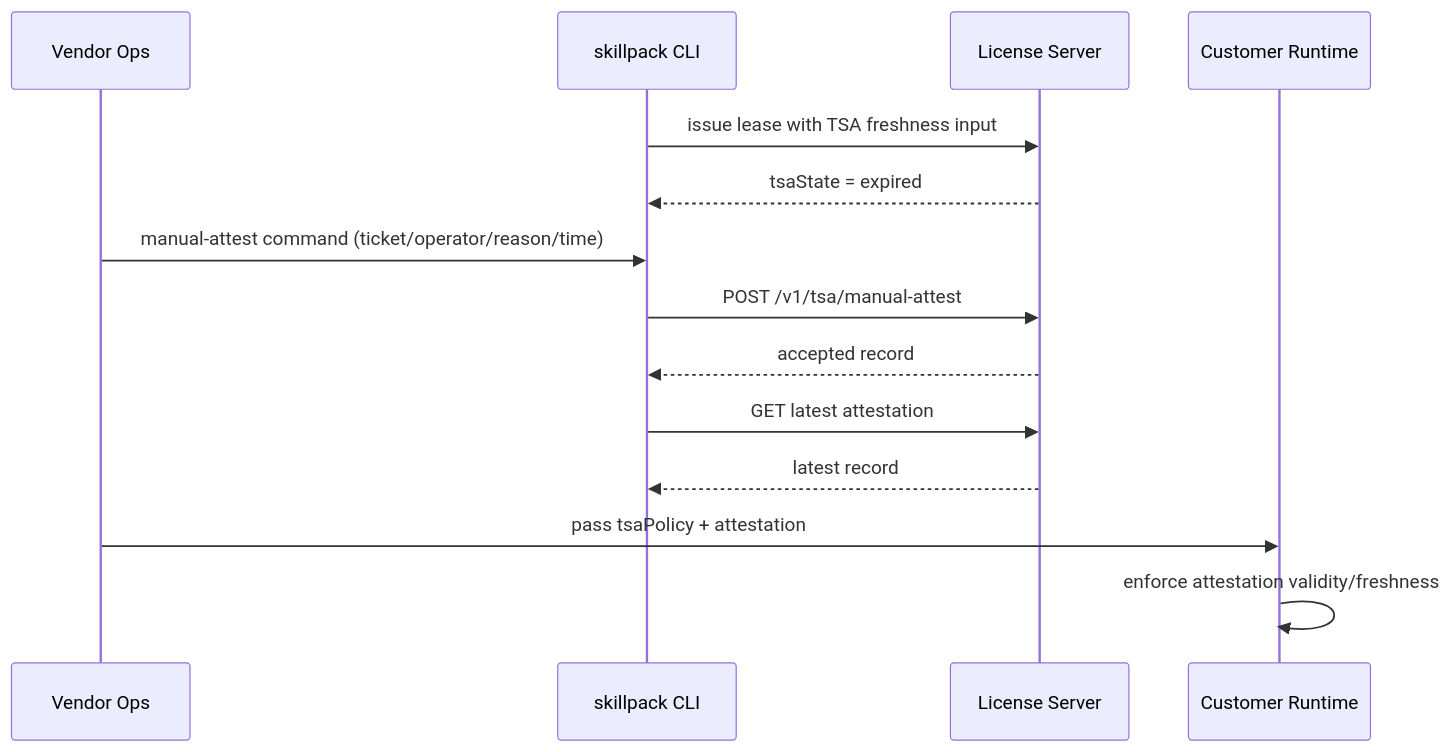
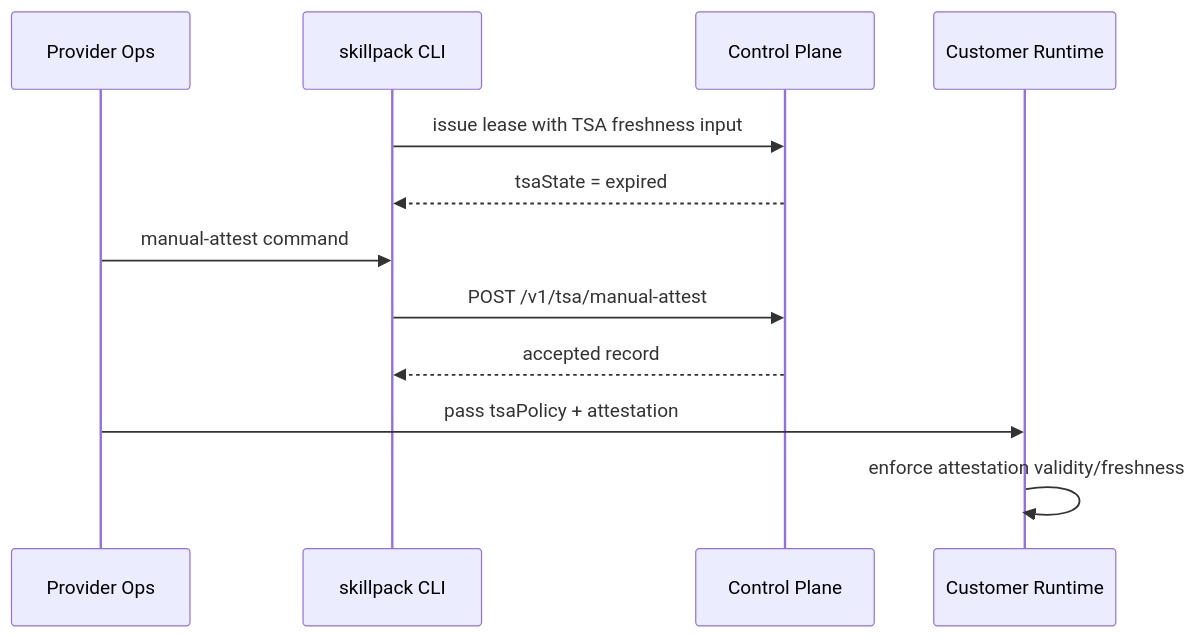
One commit to shizlie/skillpack changed the third of 4 diagrams in PRODUCT.md. Above: the diagram before and after it, drawn with Mermaid. The commit also changed other lines of this file and 2 other files, not shown here.

First line of the commit message:
Clarify product and backend ledger architecture

````diff
--- a/PRODUCT.md
+++ b/PRODUCT.md
@@ -166,17 +547,15 @@
 ```mermaid
 sequenceDiagram
-    participant Ops as Vendor Ops
+    participant Ops as Provider Ops
     participant CLI as skillpack CLI
-    participant LS as License Server
+    participant CP as Control Plane
     participant RT as Customer Runtime
 
-    CLI->>LS: issue lease with TSA freshness input
-    LS-->>CLI: tsaState = expired
-    Ops->>CLI: manual-attest command (ticket/operator/reason/time)
-    CLI->>LS: POST /v1/tsa/manual-attest
-    LS-->>CLI: accepted record
-    CLI->>LS: GET latest attestation
-    LS-->>CLI: latest record
+    CLI->>CP: issue lease with TSA freshness input
+    CP-->>CLI: tsaState = expired
+    Ops->>CLI: manual-attest command
+    CLI->>CP: POST /v1/tsa/manual-attest
+    CP-->>CLI: accepted record
     Ops->>RT: pass tsaPolicy + attestation
     RT->>RT: enforce attestation validity/freshness
 ```
````
